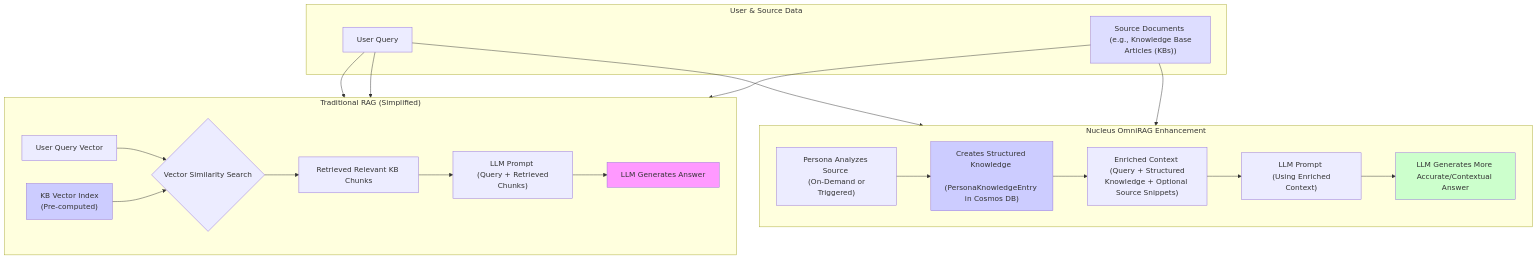
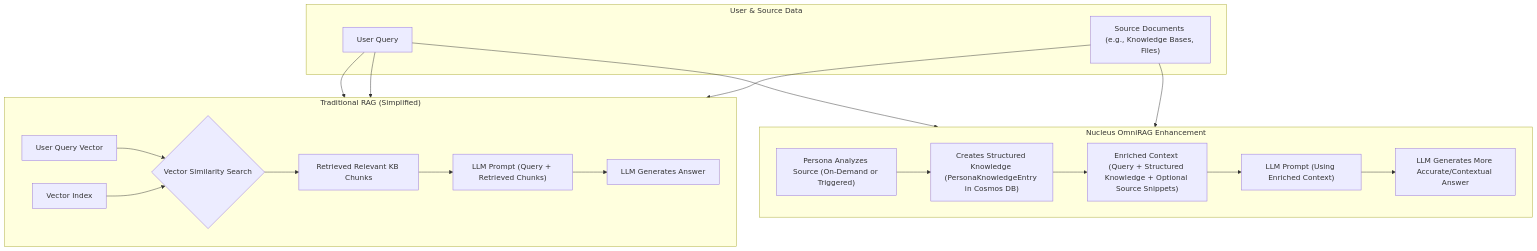
The third of 5 diagrams in Docs/Architecture/00_ARCHITECTURE_OVERVIEW.md (jfjordanfarr/Nucleus), drawn with Mermaid before and after one commit. The commit also changed other lines of this file and 12 other files, not shown here.

Commit message:
Better mermaid parsing on existing docs

````diff
--- a/Docs/Architecture/00_ARCHITECTURE_OVERVIEW.md
+++ b/Docs/Architecture/00_ARCHITECTURE_OVERVIEW.md
@@ -256,48 +226,42 @@
 ```mermaid
 graph TD
     subgraph "User & Source Data"
         A["User Query"]
-        B["Source Documents <br/> (e.g., Knowledge Base Articles (KBs))"]
+        B["Source Documents (e.g., Knowledge Bases, Files)"]
     end
 
     subgraph "Traditional RAG (Simplified)"
         direction LR
         C["User Query Vector"]
-        D["KB Vector Index <br/> (Pre-computed)"]
-        E{Vector Similarity Search}
+        D["Vector Index"]
+        E{"Vector Similarity Search"}
         F["Retrieved Relevant KB Chunks"]
-        G["LLM Prompt <br/> (Query + Retrieved Chunks)"]
-        H["LLM Generates Answer"]        
+        G["LLM Prompt (Query + Retrieved Chunks)"]
+        H["LLM Generates Answer"]
     end
 
     subgraph "Nucleus OmniRAG Enhancement"
         direction LR
-        I["Persona Analyzes Source <br/> (On-Demand or Triggered)"]
-        J["Creates Structured Knowledge <br/> (PersonaKnowledgeEntry in Cosmos DB)"]
-        K["Enriched Context <br/> (Query + Structured Knowledge + Optional Source Snippets)"]
-        L["LLM Prompt <br/> (Using Enriched Context)"]
+        I["Persona Analyzes Source (On-Demand or Triggered)"]
+        J["Creates Structured Knowledge (PersonaKnowledgeEntry in Cosmos DB)"]
+        K["Enriched Context (Query + Structured Knowledge + Optional Source Snippets)"]
+        L["LLM Prompt (Using Enriched Context)"]
         M["LLM Generates More Accurate/Contextual Answer"]
     end
 
     A --> C
     C --> E
     B --> D
     D --> E
     E --> F
     A --> G
     F --> G
     G --> H
 
     A --> K
     B --> I
     I --> J
     J --> K
     K --> L
     L --> M
-
-    style B fill:#ddf
-    style D fill:#ccf
-    style J fill:#ccf
-    style H fill:#f9f
-    style M fill:#cfc
 ```
````
